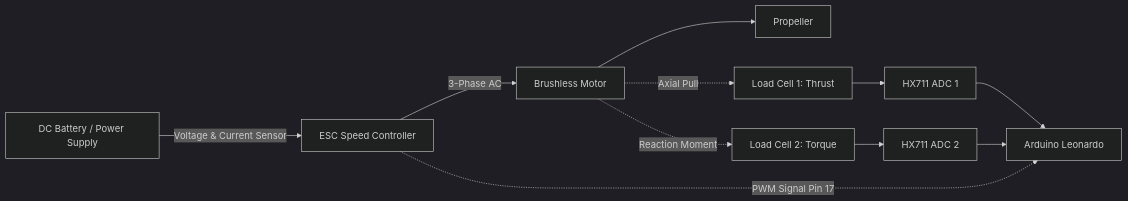
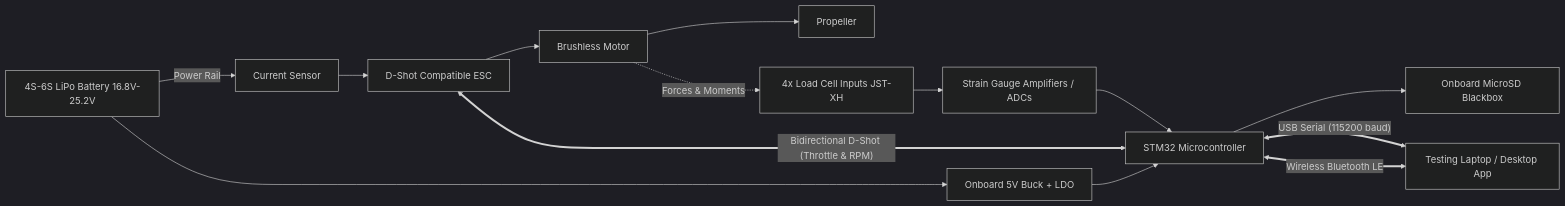
The diagram in docs/01_system_overview.md (ubcaerodesign/thrust-stand-v3), drawn with Mermaid (dark theme) before and after one commit. The commit also changed other lines of this file and 2 other files, not shown here.

First line of the commit message:
docs: align system architecture with 2026-2027 STM32 hardware proposal

````diff
--- a/docs/01_system_overview.md
+++ b/docs/01_system_overview.md
@@ -11,16 +10,19 @@
 ```mermaid
 flowchart LR
-    Battery[DC Battery / Power Supply] -->|Voltage & Current Sensor| ESC[ESC Speed Controller]
-    ESC -->|3-Phase AC| Motor[Brushless Motor]
-    Motor --> Propeller[Propeller]
+    Battery[4S-6S LiPo Battery 16.8V-25.2V] --> Buck[Onboard 5V Buck + LDO]
+    Battery -->|Power Rail| CurrentSens[Current Sensor]
+    CurrentSens --> ESC[D-Shot Compatible ESC]
+    ESC --> Motor[Brushless Motor]
+    Motor --> Prop[Propeller]
+
+    Motor -.->|Forces & Moments| LC[4x Load Cell Inputs JST-XH]
+    LC --> HX[Strain Gauge Amplifiers / ADCs]
+    HX --> MCU[STM32 Microcontroller]
+
+    ESC <== "Bidirectional D-Shot (Throttle & RPM)" ==> MCU
+    Buck --> MCU
+    MCU --> SD[Onboard MicroSD Blackbox]
     
-    Motor -.->|Axial Pull| LC1[Load Cell 1: Thrust]
-    Motor -.->|Reaction Moment| LC2[Load Cell 2: Torque]
-    
-    LC1 --> HX711_1[HX711 ADC 1]
-    LC2 --> HX711_2[HX711 ADC 2]
-    
-    HX711_1 --> MCU[Arduino Leonardo]
-    HX711_2 --> MCU
-    ESC -.->|PWM Signal Pin 17| MCU
+    MCU <== "USB Serial (115200 baud)" ==> Host[Testing Laptop / Desktop App]
+    MCU <== "Wireless Bluetooth LE" ==> Host
 ```
````
